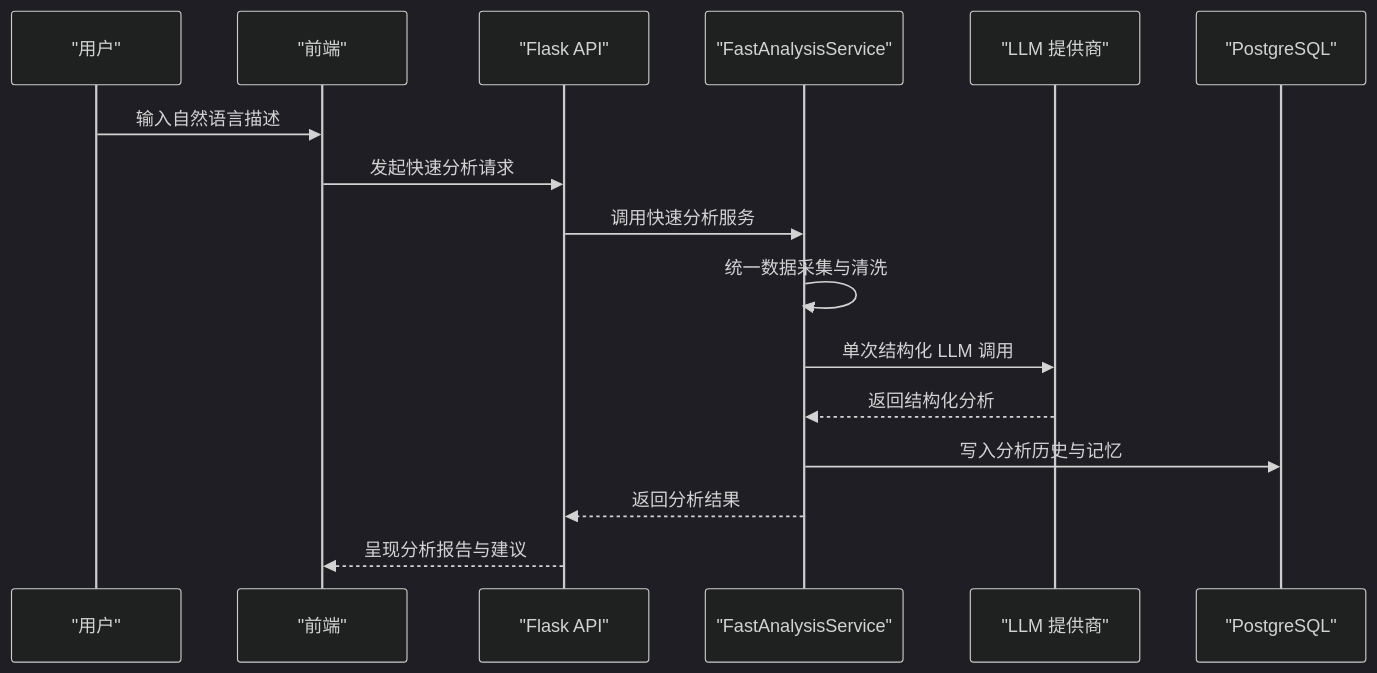
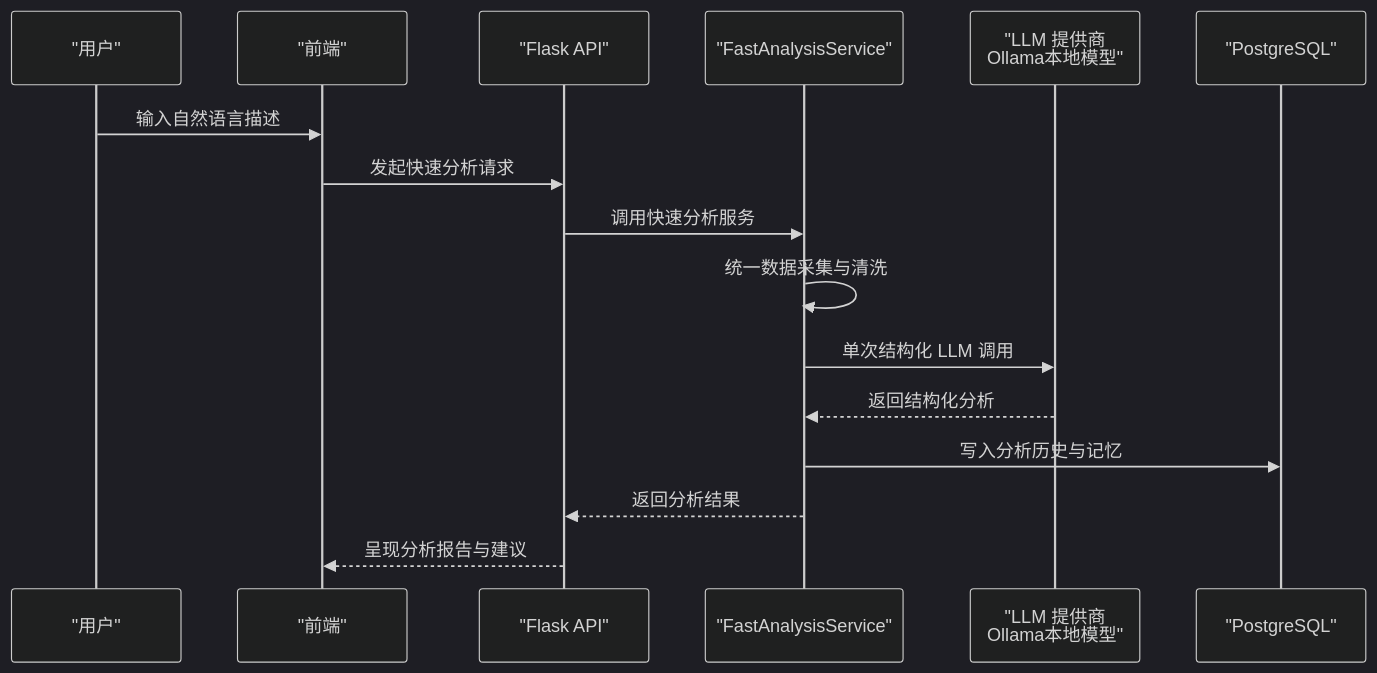
The third of 8 diagrams in .qoder/repowiki/zh/content/项目概述/产品介绍.md (joezxh/QuantDinger), drawn with Mermaid (dark theme) before and after one commit. The commit also changed other lines of this file and 39 other files, not shown here.

````diff
--- a/.qoder/repowiki/zh/content/项目概述/产品介绍.md
+++ b/.qoder/repowiki/zh/content/项目概述/产品介绍.md
@@ -174,18 +182,18 @@
 ```mermaid
 sequenceDiagram
 participant User as "用户"
 participant FE as "前端"
 participant API as "Flask API"
 participant FA as "FastAnalysisService"
-participant LLM as "LLM 提供商"
+participant LLM as "LLM 提供商<br/>Ollama本地模型"
 participant DB as "PostgreSQL"
 User->>FE : 输入自然语言描述
 FE->>API : 发起快速分析请求
 API->>FA : 调用快速分析服务
 FA->>FA : 统一数据采集与清洗
 FA->>LLM : 单次结构化 LLM 调用
 LLM-->>FA : 返回结构化分析
 FA->>DB : 写入分析历史与记忆
 FA-->>API : 返回分析结果
 API-->>FE : 呈现分析报告与建议
 ```
````
